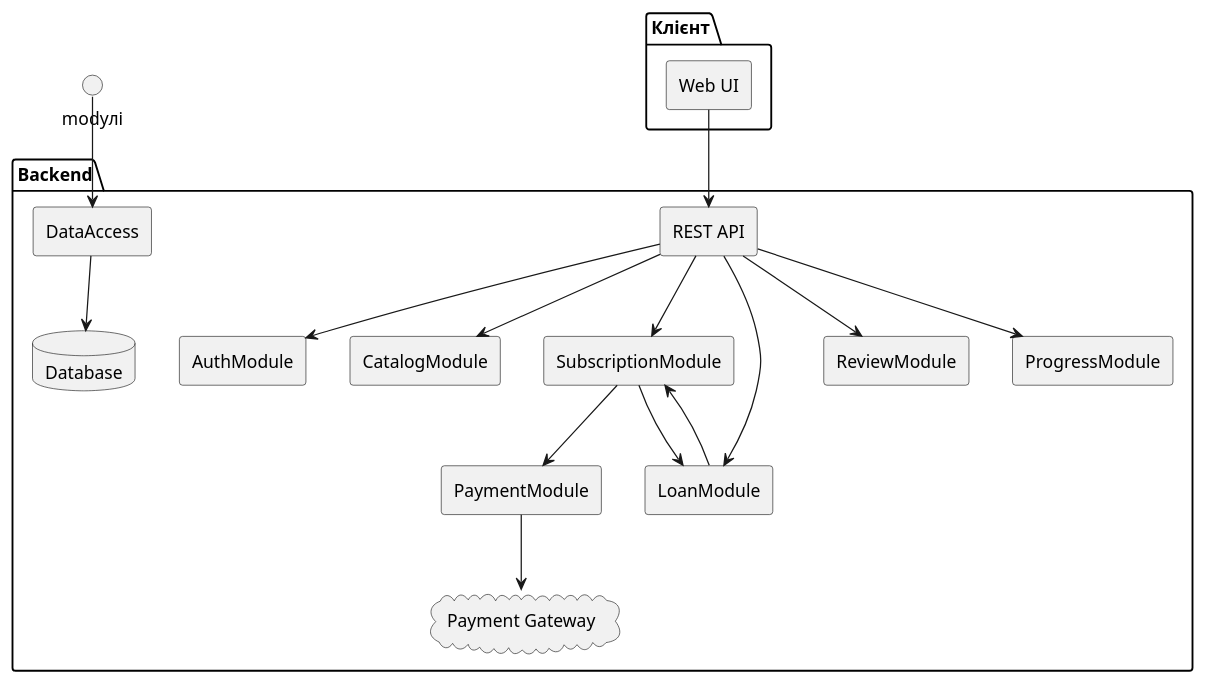
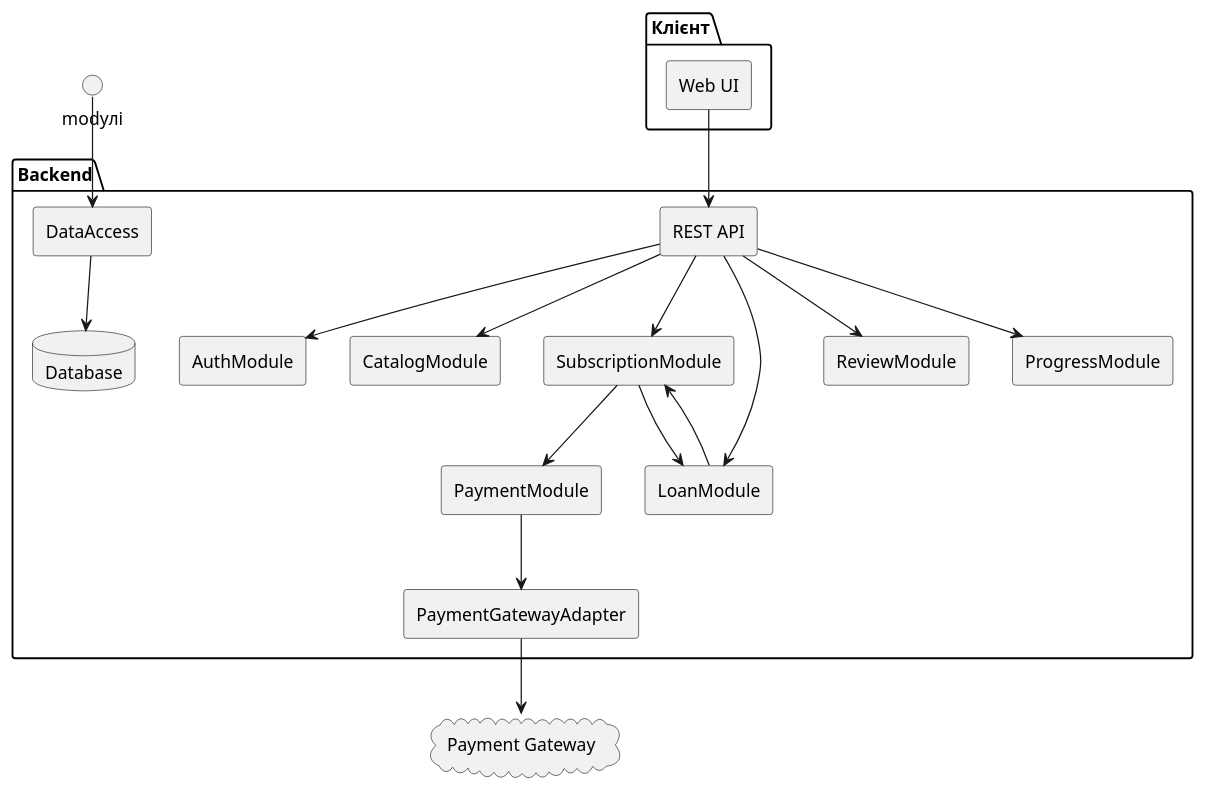
Before and after one commit to sanyalovemoney/KPI_labs: the diagram in Labs/lab5-architecture/model/components.puml, drawn with PlantUML.

Commit message:
lab5: fix - move payment gateway out of boundary, add adapter

```diff
--- a/Labs/lab5-architecture/model/components.puml
+++ b/Labs/lab5-architecture/model/components.puml
@@ -1,35 +1,39 @@
 @startuml components
 skinparam componentStyle rectangle
 
 package "Клієнт" {
   [Web UI]
 }
 
 package "Backend" {
   [REST API]
   [AuthModule]
   [CatalogModule]
   [SubscriptionModule]
   [PaymentModule]
   [LoanModule]
   [ReviewModule]
   [ProgressModule]
+  [PaymentGatewayAdapter]
   [DataAccess]
   database "Database" as DB
-  cloud "Payment Gateway" as PG
 }
+
+' зовнішні системи — актори Lab2 / swimlane Lab4, поза межею
+cloud "Payment Gateway" as PG
 
 [Web UI] --> [REST API]
 [REST API] --> [AuthModule]
 [REST API] --> [CatalogModule]
 [REST API] --> [SubscriptionModule]
 [REST API] --> [LoanModule]
 [REST API] --> [ReviewModule]
 [REST API] --> [ProgressModule]
 [SubscriptionModule] --> [PaymentModule]
-[PaymentModule] --> PG
+[PaymentModule] --> [PaymentGatewayAdapter]
+[PaymentGatewayAdapter] --> PG
 [LoanModule] --> [SubscriptionModule]
 [SubscriptionModule] --> [LoanModule]
 modулі --> [DataAccess]
 [DataAccess] --> DB
 @enduml
```
